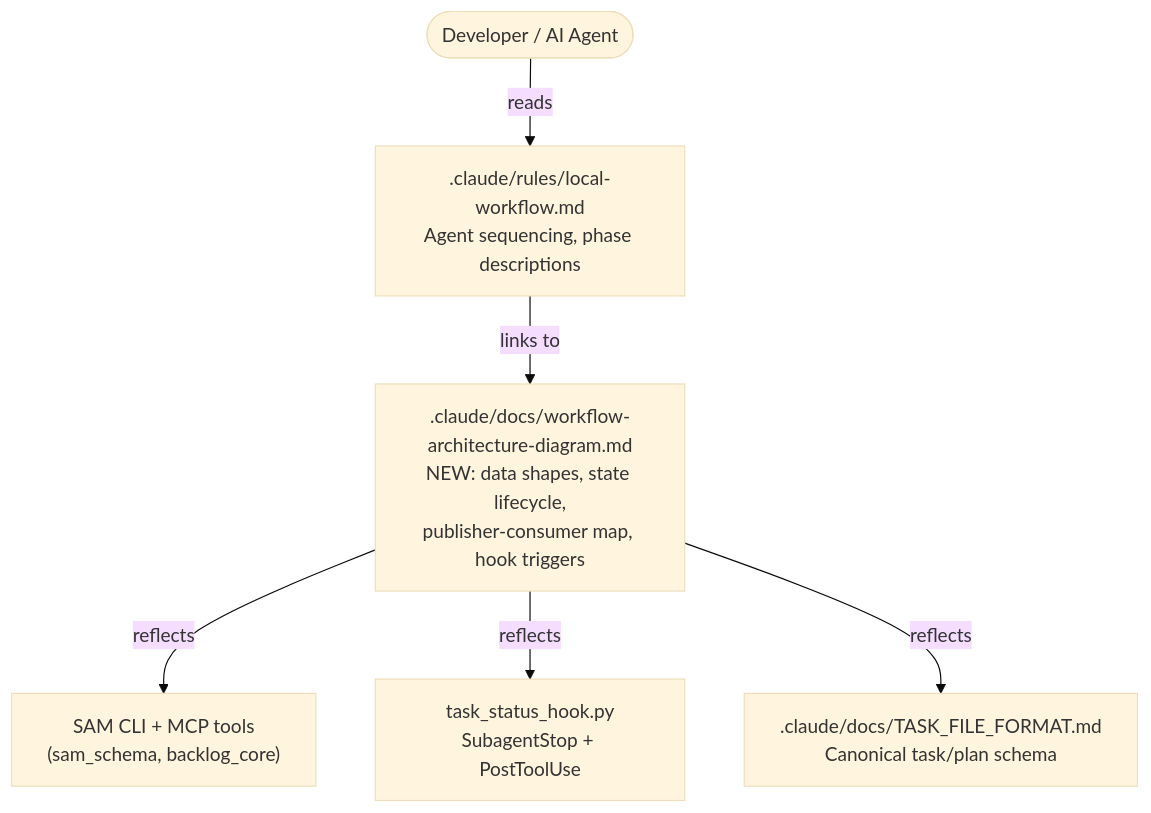
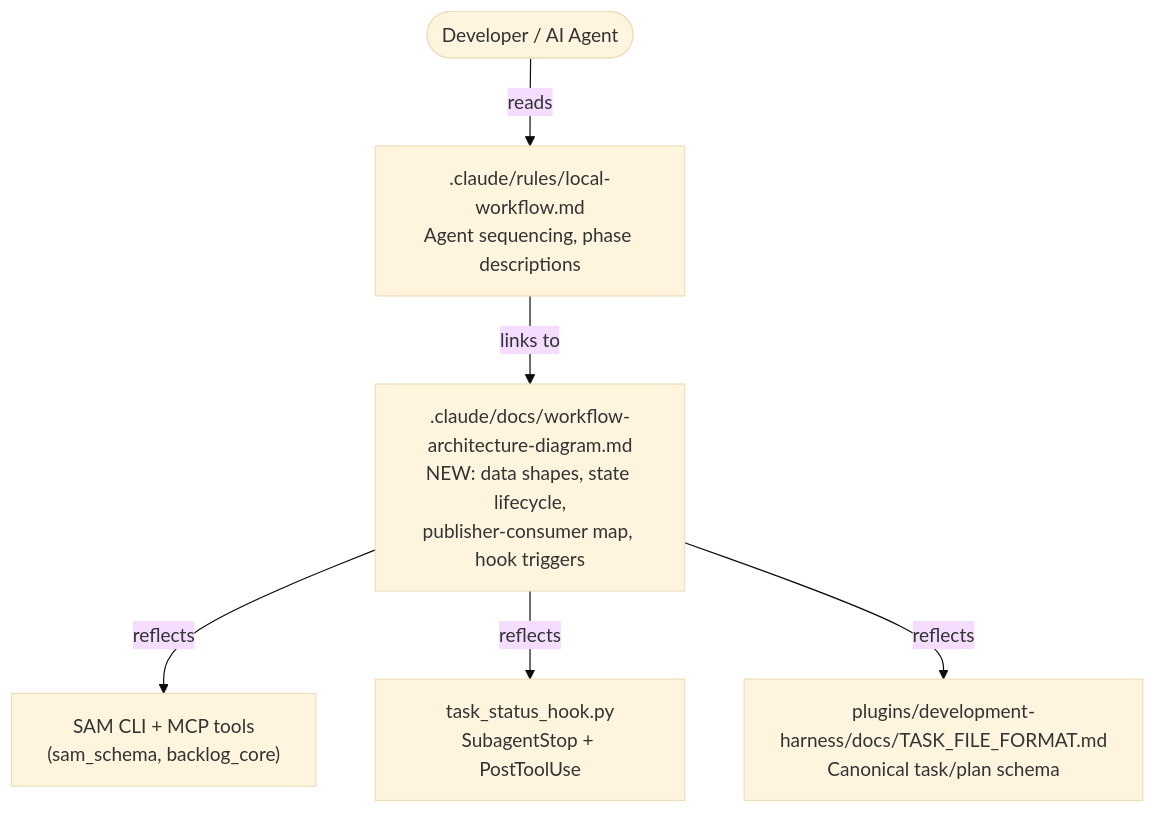
The first of 2 diagrams in plan/architect-workflow-architecture-diagram.md (chgreer1070/claude_skills), drawn with Mermaid (base theme) before and after one commit. The commit also changed other lines of this file and 87 other files, not shown here.

````diff
--- a/plan/architect-workflow-architecture-diagram.md
+++ b/plan/architect-workflow-architecture-diagram.md
@@ -34,8 +34,8 @@
 ```mermaid
 flowchart TD
     User([Developer / AI Agent]) -->|reads| LW[".claude/rules/local-workflow.md<br>Agent sequencing, phase descriptions"]
     LW -->|links to| WAD[".claude/docs/workflow-architecture-diagram.md<br>NEW: data shapes, state lifecycle,<br>publisher-consumer map, hook triggers"]
     WAD -->|reflects| SAM["SAM CLI + MCP tools<br>(sam_schema, backlog_core)"]
     WAD -->|reflects| Hooks["task_status_hook.py<br>SubagentStop + PostToolUse"]
-    WAD -->|reflects| TFF[".claude/docs/TASK_FILE_FORMAT.md<br>Canonical task/plan schema"]
+    WAD -->|reflects| TFF["plugins/development-harness/docs/TASK_FILE_FORMAT.md<br>Canonical task/plan schema"]
 ```
````
